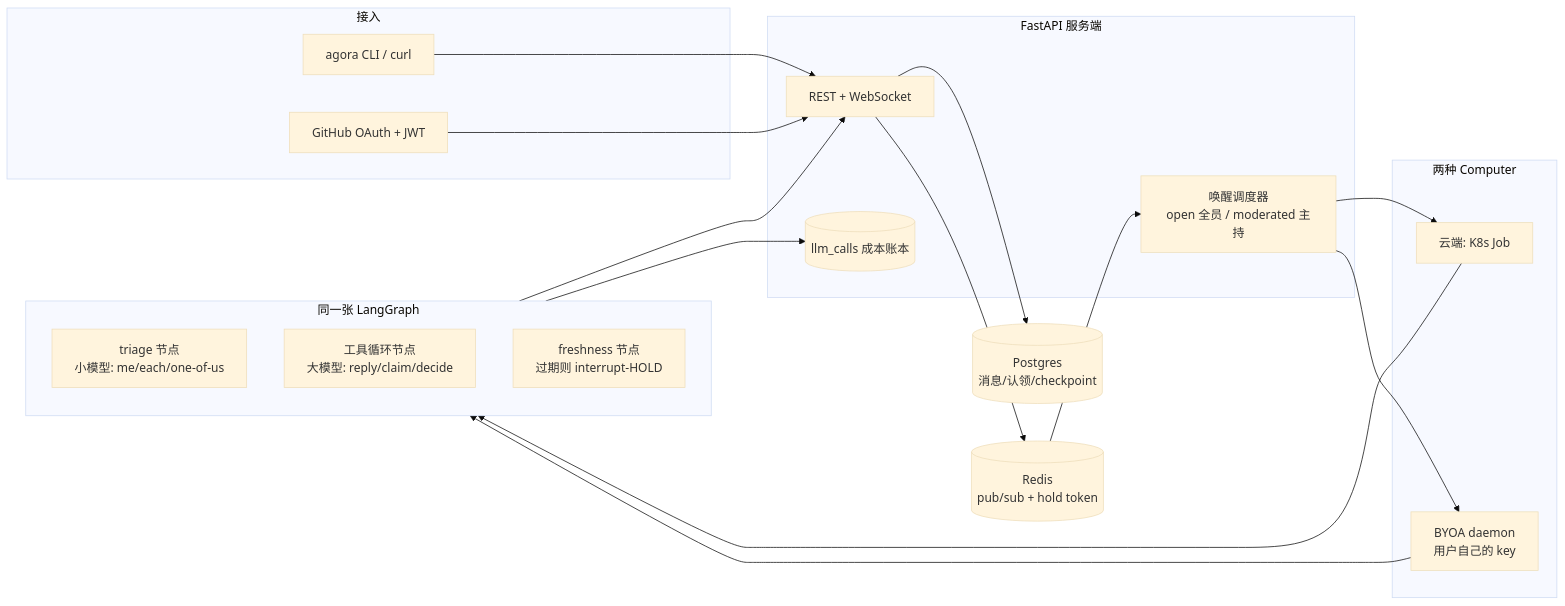
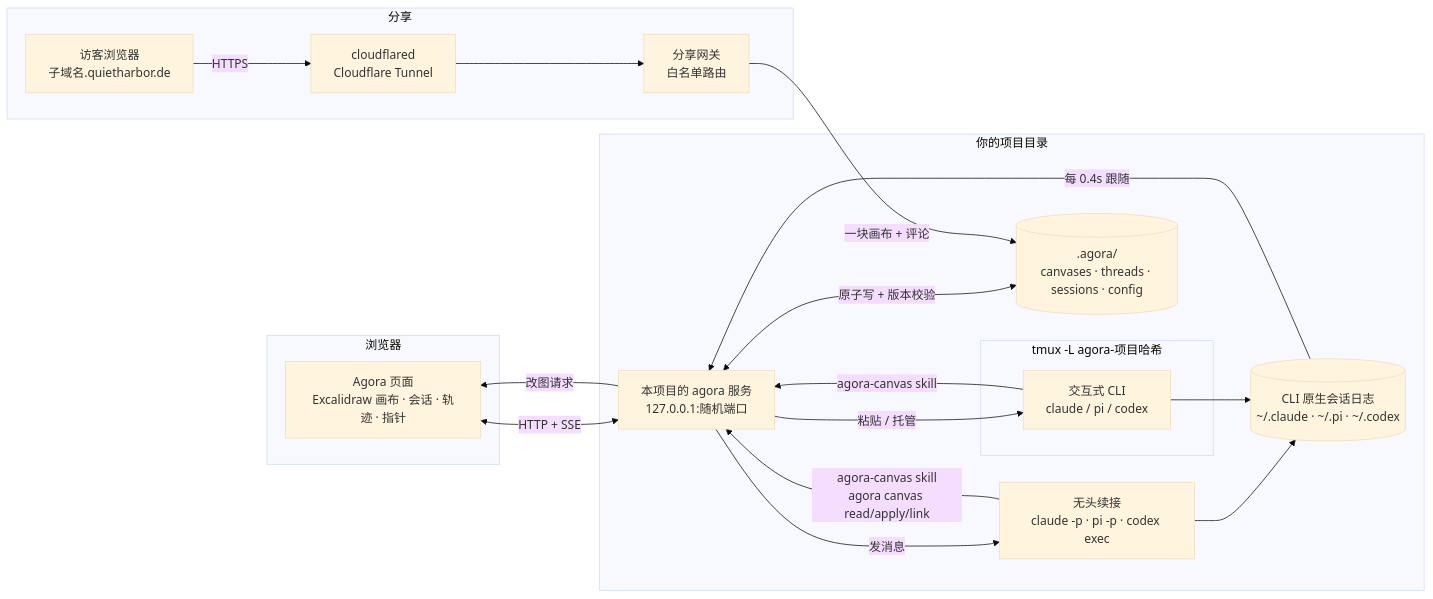
One commit to arvakme/agora changed the diagram in README.md. Above: the diagram before and after it, drawn with Mermaid (base theme). The commit also changed other lines of this file and 11 other files, not shown here.

First line of the commit message:
README 改写为「每个项目自带一个 Agora」，附演示 GIF 与截图

````diff
--- a/README.md
+++ b/README.md
@@ -5,34 +61,32 @@
 ```mermaid
 flowchart LR
-  subgraph clients [接入]
-    CLI[agora CLI / curl]
-    OAuth[GitHub OAuth + JWT]
+  subgraph browser [浏览器]
+    UI[Agora 页面<br/>Excalidraw 画布 · 会话 · 轨迹 · 指针]
   end
-  subgraph server [FastAPI 服务端]
-    API[REST + WebSocket]
-    Scheduler[唤醒调度器<br/>open 全员 / moderated 主持]
-    Ledger[(llm_calls 成本账本)]
+  subgraph project [你的项目目录]
+    Server[本项目的 agora 服务<br/>127.0.0.1:随机端口]
+    Files[(.agora/<br/>canvases · threads · sessions · config)]
+    subgraph tmux [tmux -L agora-项目哈希]
+      TUI[交互式 CLI<br/>claude / pi / codex]
+    end
+    Headless[无头续接<br/>claude -p · pi -p · codex exec]
+    Logs[(CLI 原生会话日志<br/>~/.claude · ~/.pi · ~/.codex)]
   end
-  subgraph brain [同一张 LangGraph]
-    Triage[triage 节点<br/>小模型: me/each/one-of-us]
-    Loop[工具循环节点<br/>大模型: reply/claim/decide]
-    Fresh[freshness 节点<br/>过期则 interrupt-HOLD]
+  subgraph share [分享]
+    Guest[访客浏览器<br/>子域名.quietharbor.de]
+    CF[cloudflared<br/>Cloudflare Tunnel]
+    Gateway[分享网关<br/>白名单路由]
   end
-  PG[(Postgres<br/>消息/认领/checkpoint)]
-  RD[(Redis<br/>pub/sub + hold token)]
-  subgraph hosts [两种 Computer]
-    K8sJob[云端: K8s Job]
-    Daemon[BYOA daemon<br/>用户自己的 key]
-  end
-  CLI --> API
-  OAuth --> API
-  API --> PG
-  API --> RD
-  RD --> Scheduler
-  Scheduler --> K8sJob
-  Scheduler --> Daemon
-  K8sJob --> brain
-  Daemon --> brain
-  brain --> API
-  brain --> Ledger
+
+  UI <-->|HTTP + SSE| Server
+  Server <-->|原子写 + 版本校验| Files
+  Server -->|发消息| Headless
+  Server -->|粘贴 / 托管| TUI
+  Headless -->|agora-canvas skill<br/>agora canvas read/apply/link| Server
+  TUI -->|agora-canvas skill| Server
+  Headless --> Logs
+  TUI --> Logs
+  Logs -->|每 0.4s 跟随| Server
+  Server -->|改图请求| UI
+  Guest -->|HTTPS| CF --> Gateway -->|一块画布 + 评论| Files
 ```
````
